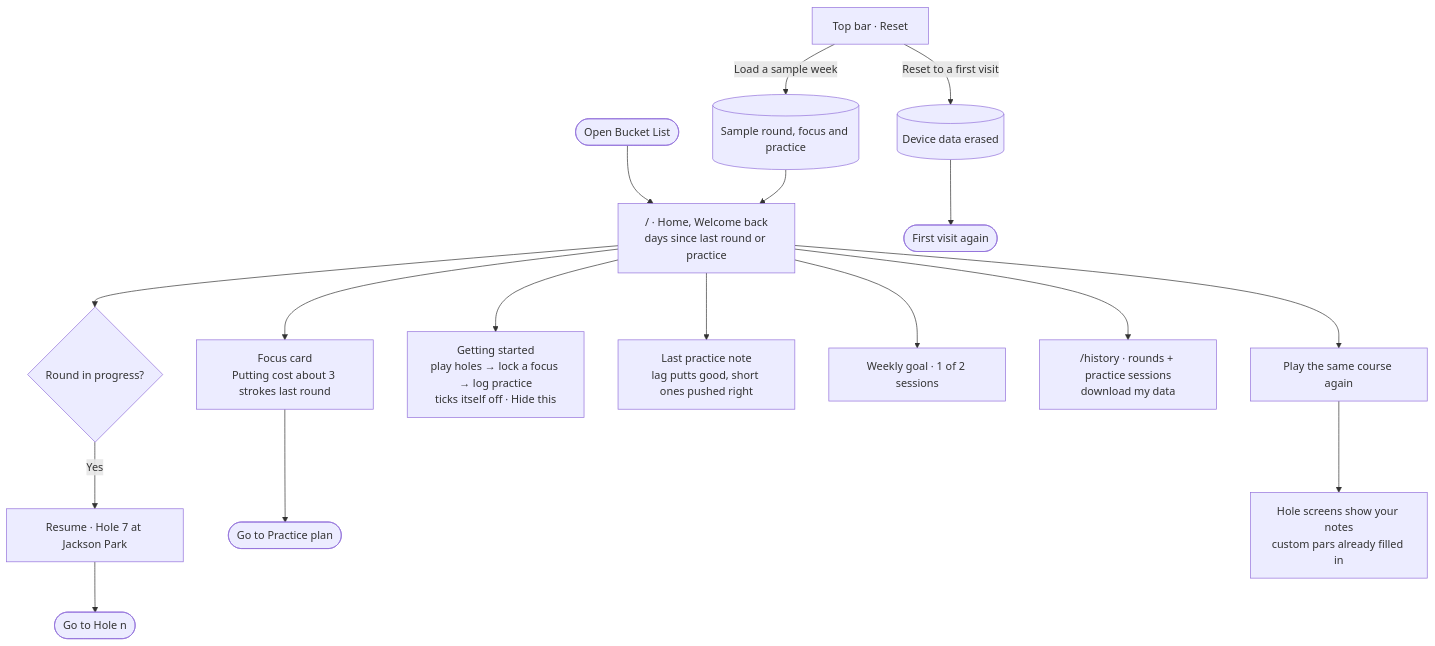
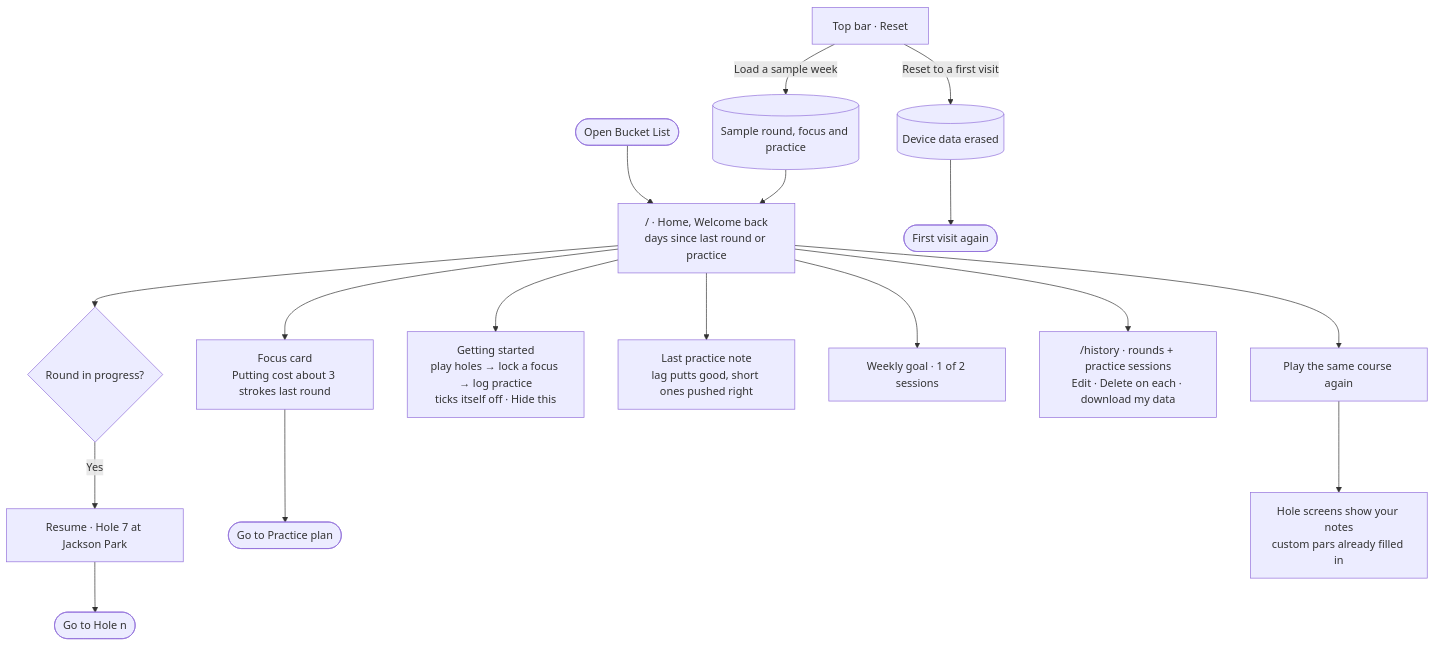
Before and after one commit to apham799/DesignBuildShip_Assignment3: the fifth of 5 diagrams in README.md, drawn with Mermaid. The commit also changed other lines of this file and 1 other file, not shown here.

First line of the commit message:
Update practice and onboarding diagrams

````diff
--- a/README.md
+++ b/README.md
@@ -117,20 +125,20 @@
 ```mermaid
 flowchart TD
   open(["Open Bucket List"]) --> wb["/ · Home, Welcome back<br/>days since last round or practice"]
   wb --> inprog{"Round in progress?"}
   inprog -- "Yes" --> resume["Resume · Hole 7 at Jackson Park"]
   resume --> hole(["Go to Hole n"])
   wb --> focus["Focus card<br/>Putting cost about 3 strokes last round"]
   focus --> plan(["Go to Practice plan"])
   wb --> checklist["Getting started<br/>play holes → lock a focus → log practice<br/>ticks itself off · Hide this"]
   wb --> note["Last practice note<br/>lag putts good, short ones pushed right"]
   wb --> goal["Weekly goal · 1 of 2 sessions"]
-  wb --> hist["/history · rounds + practice sessions<br/>download my data"]
+  wb --> hist["/history · rounds + practice sessions<br/>Edit · Delete on each · download my data"]
   wb --> again["Play the same course again"]
   again --> notes["Hole screens show your notes<br/>custom pars already filled in"]
 
   menu["Top bar · Reset"] -- "Reset to a first visit" --> erase[("Device data erased")]
   erase --> first(["First visit again"])
   menu -- "Load a sample week" --> sample[("Sample round, focus and practice")]
   sample --> wb
 ```
````
